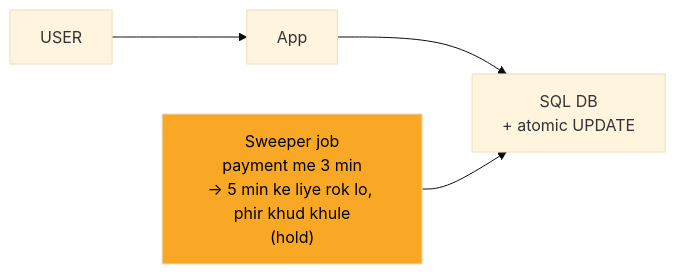
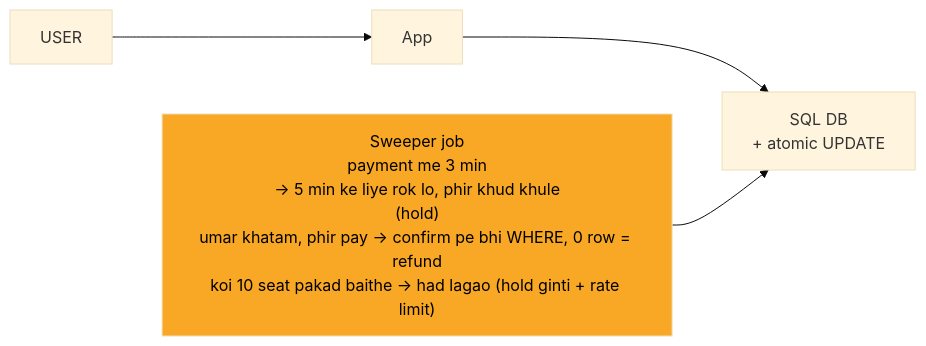
One commit to ArpanMaheshwari144/Prep changed the third of 9 diagrams in 04_HLD/SYSTEM_DESIGNS/09_bookmyshow/09_bookmyshow_INTERVIEW.md. Above: the diagram before and after it, drawn with Mermaid (base theme). The commit also changed other lines of this file and 12 other files, not shown here.

Commit message:
hld 02-14: peele dabbe me SAFAR ke mod + diagram chauda (wrappingWidth 450)

````diff
--- a/04_HLD/SYSTEM_DESIGNS/09_bookmyshow/09_bookmyshow_INTERVIEW.md
+++ b/04_HLD/SYSTEM_DESIGNS/09_bookmyshow/09_bookmyshow_INTERVIEW.md
@@ -123,11 +125,12 @@
 ```mermaid
+%%{init: {"flowchart": {"wrappingWidth": 450}}}%%
 flowchart LR
     n_USER["USER"]
     n_App["App"]
     n_SQL_DB["SQL DB<br/>+ atomic UPDATE"]
-    n_Sweeper_job["Sweeper job<br/>payment me 3 min<br/>-> 5 min ke liye rok lo, phir khud khule<br/>(hold)"]
+    n_Sweeper_job["Sweeper job<br/>payment me 3 min<br/>-> 5 min ke liye rok lo, phir khud khule<br/>(hold)<br/>umar khatam, phir pay -> confirm pe bhi WHERE, 0 row = refund<br/>koi 10 seat pakad baithe -> had lagao (hold ginti + rate limit)"]
     n_USER --> n_App
     n_App --> n_SQL_DB
     n_Sweeper_job --> n_SQL_DB
     style n_Sweeper_job fill:#f9a825,color:#000
 ```
````
